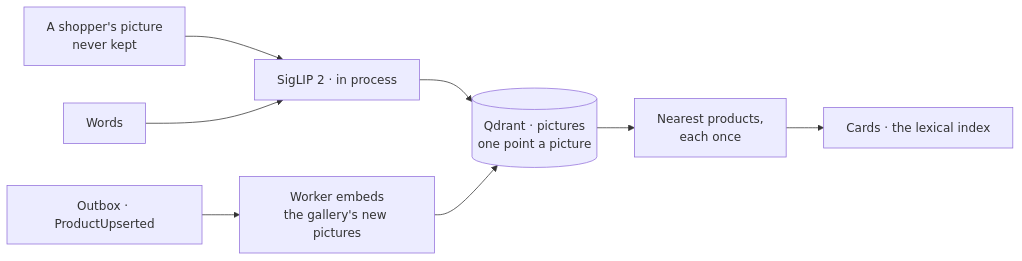
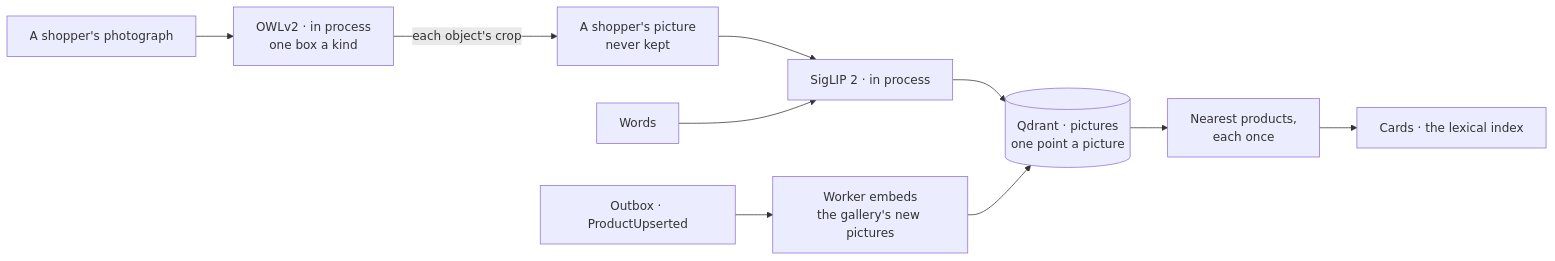
Before and after one commit to juanluelguerre/tendero: the first of 6 diagrams in docs/architecture.md, drawn with Mermaid. The commit also changed other lines of this file and 42 other files, not shown here.

````diff
--- a/docs/architecture.md
+++ b/docs/architecture.md
@@ -92,9 +98,11 @@
 ```mermaid
 flowchart LR
+    P[A shopper's photograph] --> D[OWLv2 · in process<br/>one box a kind]
+    D -->|each object's crop| U
     U[A shopper's picture<br/>never kept] --> M[SigLIP 2 · in process]
     W[Words] --> M
     M --> C[(Qdrant · pictures<br/>one point a picture)]
     O[Outbox · ProductUpserted] --> E[Worker embeds<br/>the gallery's new pictures] --> C
     C --> N[Nearest products,<br/>each once]
     N --> K[Cards · the lexical index]
 ```
````
